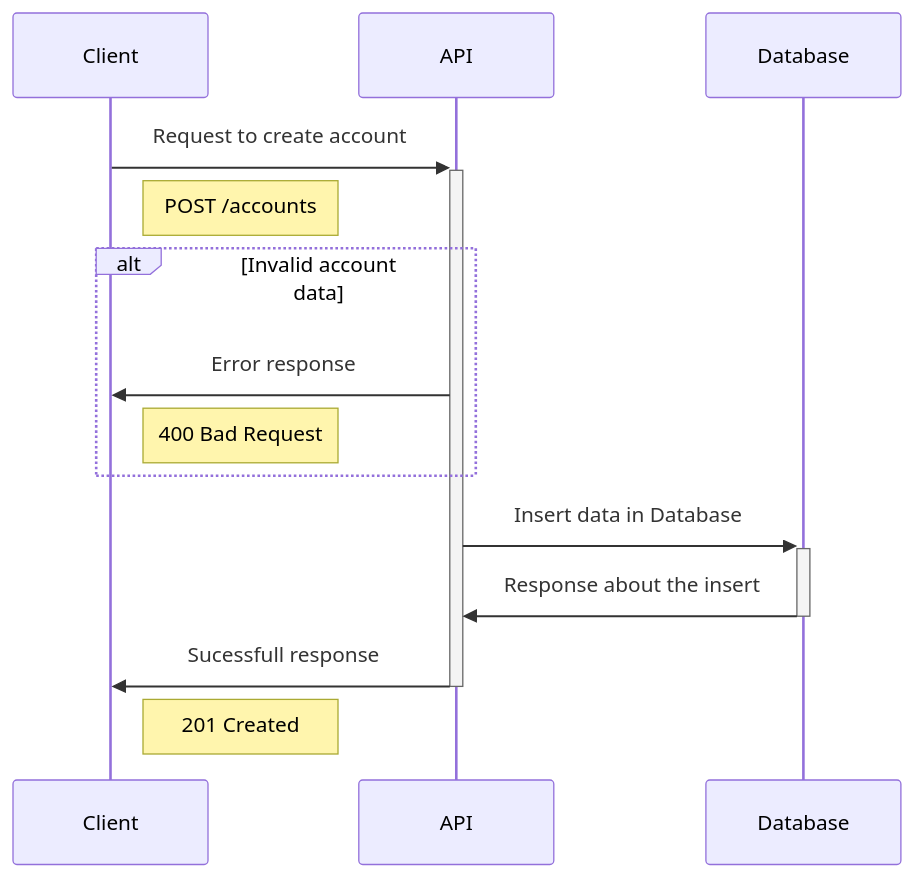
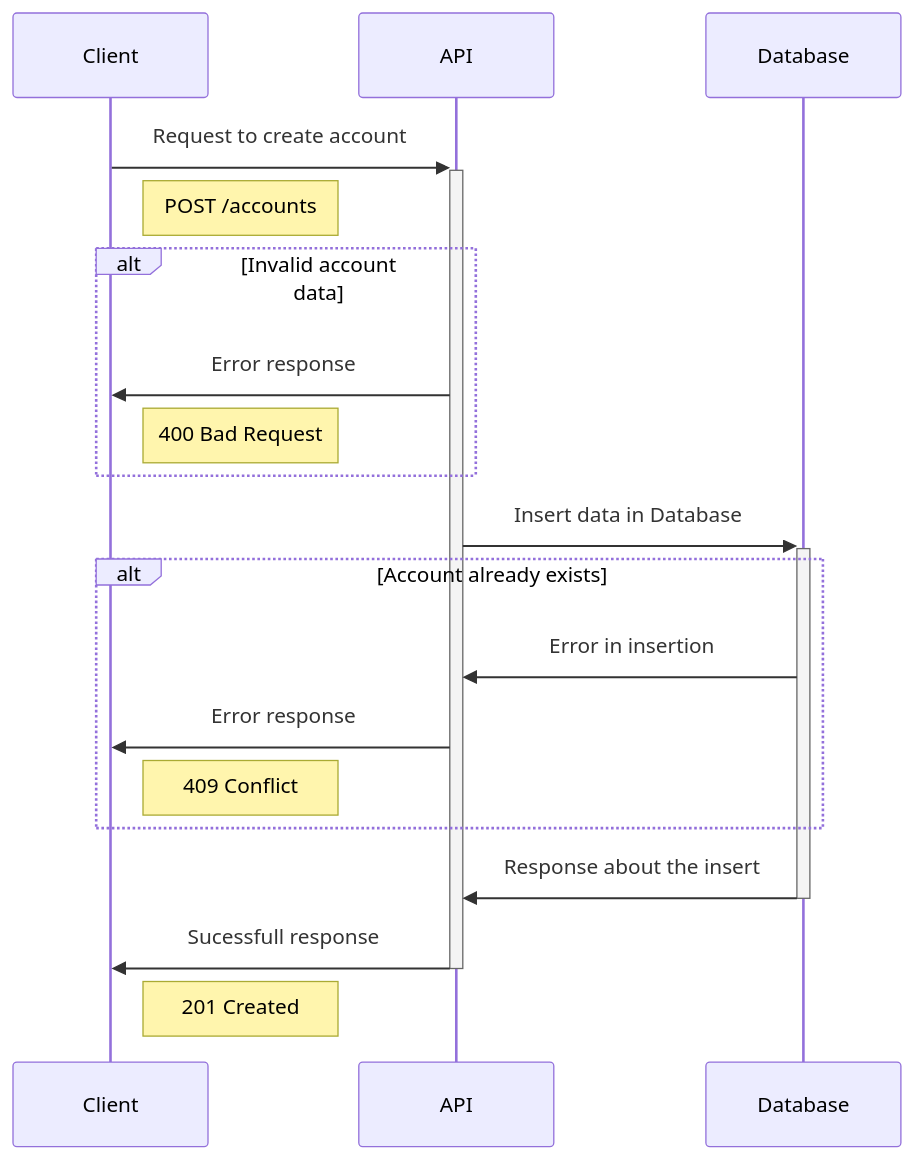
The second of 4 diagrams in README.md (gabrielmvnog/bank-account), drawn with Mermaid before and after one commit. The commit also changed other lines of this file and 3 other files, not shown here.

````diff
--- a/README.md
+++ b/README.md
@@ -91,16 +92,21 @@
 ```mermaid
 sequenceDiagram
     Client->>+API: Request to create account
     Note right of Client: POST /accounts
 
     alt Invalid account data
         API->>Client: Error response
         Note right of Client: 400 Bad Request
     end
 
-    API->>+Database: Insert data in Database    
+    API->>+Database: Insert data in Database
+    alt Account already exists
+        Database->>API: Error in insertion
+        API->>Client: Error response
+        Note right of Client: 409 Conflict
+    end    
     Database->>-API: Response about the insert    
 
     API->>-Client: Sucessfull response
     Note right of Client: 201 Created
 ```
````
